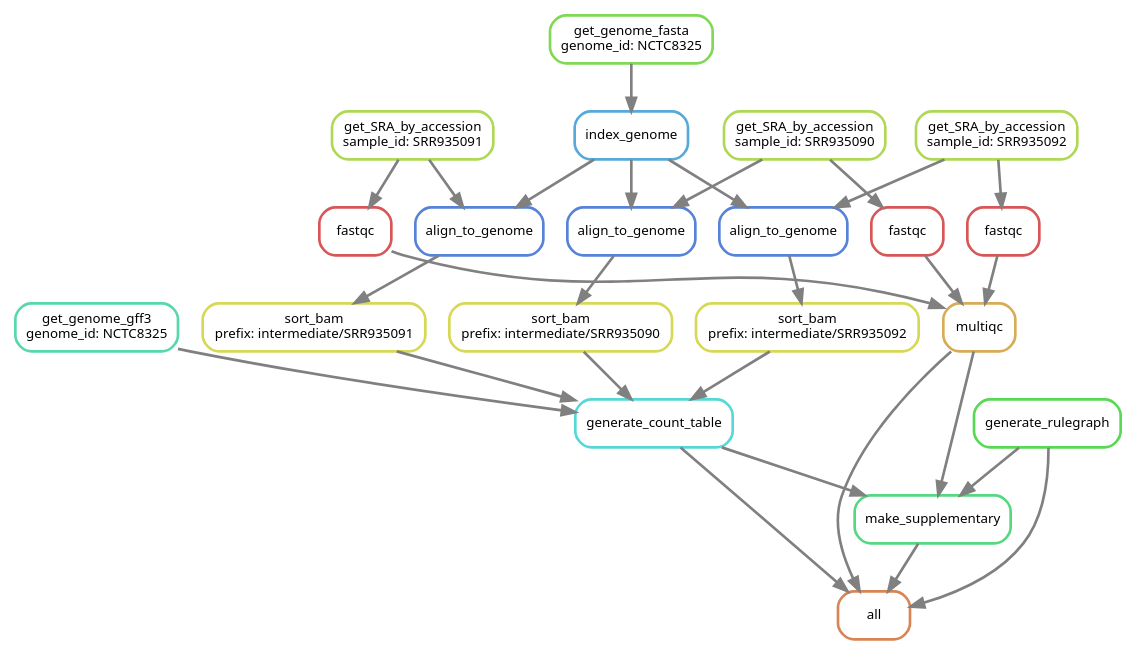
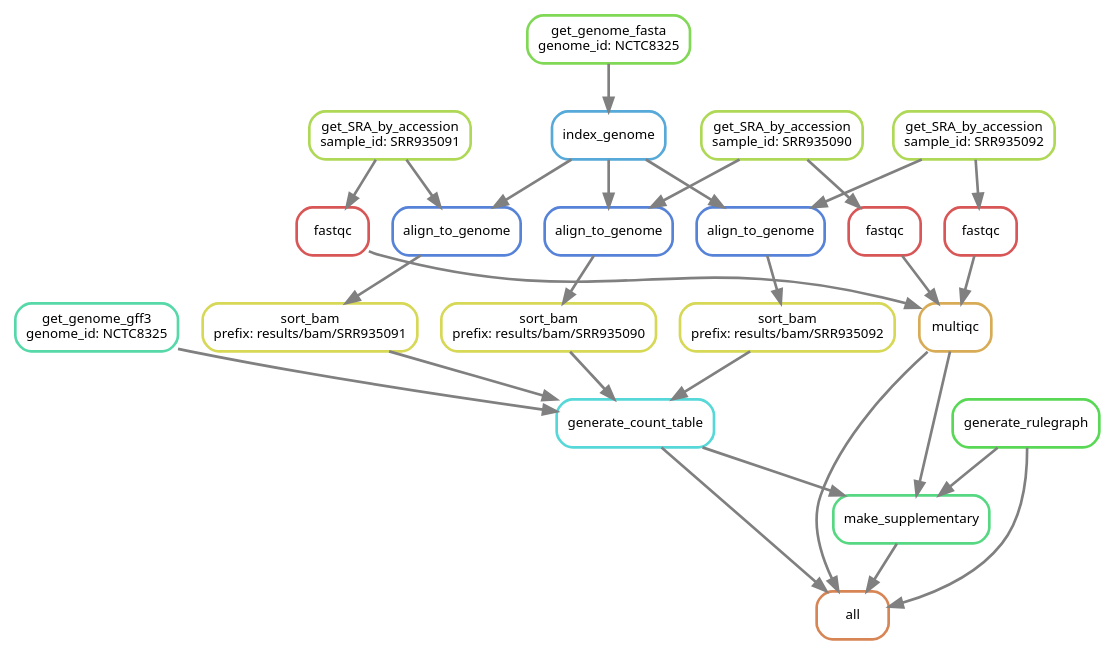
The fourth of 12 diagrams in lectures/snakemake/snakemake.qmd (NBISweden/workshop-reproducible-research), drawn with Graphviz before and after one commit. The commit also changed other lines of this file and 12 other files, not shown here.

````diff
--- a/lectures/snakemake/snakemake.qmd
+++ b/lectures/snakemake/snakemake.qmd
@@ -76,54 +76,54 @@
 ```{dot}
 digraph snakemake_dag {
     graph[bgcolor=white, margin=0];
     node[shape=box, style=rounded, fontname=sans,                 fontsize=10, penwidth=2];
     edge[penwidth=2, color=grey];
         0[label = "all", color = "0.06 0.6 0.85", style="rounded"];
         1[label = "generate_count_table", color = "0.50 0.6 0.85", style="rounded"];
-        2[label = "sort_bam\nprefix: intermediate/SRR935090", color = "0.17 0.6 0.85", style="rounded"];
+        2[label = "sort_bam\nprefix: results/bam/SRR935090", color = "0.17 0.6 0.85", style="rounded"];
         3[label = "align_to_genome", color = "0.61 0.6 0.85", style="rounded"];
         4[label = "get_SRA_by_accession\nsample_id: SRR935090", color = "0.22 0.6 0.85", style="rounded"];
         5[label = "index_genome", color = "0.56 0.6 0.85", style="rounded"];
         6[label = "get_genome_fasta\ngenome_id: NCTC8325", color = "0.28 0.6 0.85", style="rounded"];
-        7[label = "sort_bam\nprefix: intermediate/SRR935091", color = "0.17 0.6 0.85", style="rounded"];
+        7[label = "sort_bam\nprefix: results/bam/SRR935091", color = "0.17 0.6 0.85", style="rounded"];
         8[label = "align_to_genome", color = "0.61 0.6 0.85", style="rounded"];
         9[label = "get_SRA_by_accession\nsample_id: SRR935091", color = "0.22 0.6 0.85", style="rounded"];
-        10[label = "sort_bam\nprefix: intermediate/SRR935092", color = "0.17 0.6 0.85", style="rounded"];
+        10[label = "sort_bam\nprefix: results/bam/SRR935092", color = "0.17 0.6 0.85", style="rounded"];
         11[label = "align_to_genome", color = "0.61 0.6 0.85", style="rounded"];
         12[label = "get_SRA_by_accession\nsample_id: SRR935092", color = "0.22 0.6 0.85", style="rounded"];
         13[label = "get_genome_gff3\ngenome_id: NCTC8325", color = "0.44 0.6 0.85", style="rounded"];
         14[label = "multiqc", color = "0.11 0.6 0.85", style="rounded"];
         15[label = "fastqc", color = "0.00 0.6 0.85", style="rounded"];
         16[label = "fastqc", color = "0.00 0.6 0.85", style="rounded"];
         17[label = "fastqc", color = "0.00 0.6 0.85", style="rounded"];
         18[label = "generate_rulegraph", color = "0.33 0.6 0.85", style="rounded"];
         19[label = "make_supplementary", color = "0.39 0.6 0.85", style="rounded"];
         1 -> 0
         14 -> 0
         18 -> 0
         19 -> 0
         2 -> 1
         7 -> 1
         10 -> 1
         13 -> 1
         3 -> 2
         4 -> 3
         5 -> 3
         6 -> 5
         8 -> 7
         9 -> 8
         5 -> 8
         11 -> 10
         12 -> 11
         5 -> 11
         15 -> 14
         16 -> 14
         17 -> 14
         4 -> 15
         9 -> 16
         12 -> 17
         1 -> 19
         14 -> 19
         18 -> 19
 }
 ```
````
